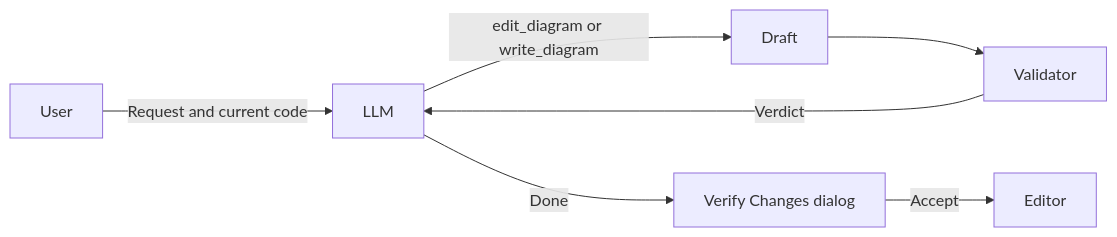
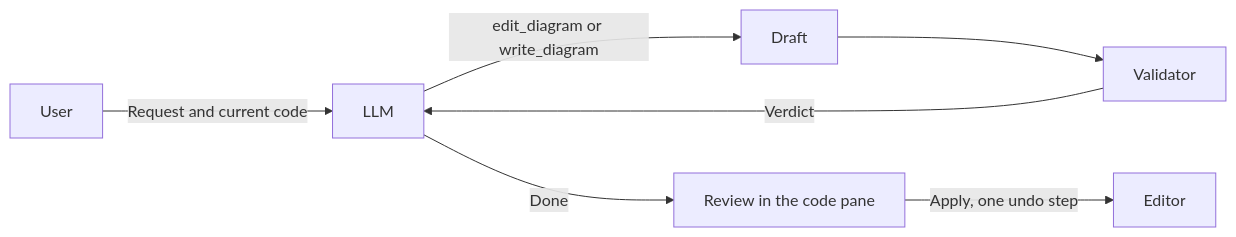
Before and after one commit to ongchonghian/universal-diagram-editor: diagram 13 of 14 in .qoder/repowiki/en/content/Advanced Features/Technical Implementations.md, drawn with Mermaid. The commit also changed other lines of this file and 3 other files, not shown here.

````diff
--- a/.qoder/repowiki/en/content/Advanced Features/Technical Implementations.md
+++ b/.qoder/repowiki/en/content/Advanced Features/Technical Implementations.md
@@ -446,9 +446,9 @@
 ```mermaid
 graph LR
 User -->|Request and current code| LLM
 LLM -->|edit_diagram or write_diagram| Draft
 Draft --> Validator
 Validator -->|Verdict| LLM
-LLM -->|Done| Review[Verify Changes dialog]
-Review -->|Accept| Editor
+LLM -->|Done| Review[Review in the code pane]
+Review -->|Apply, one undo step| Editor
 ```
````
